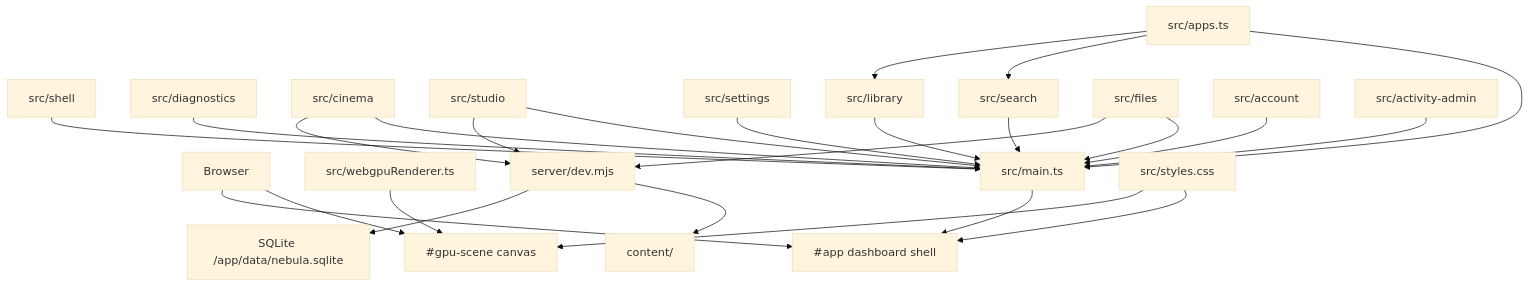
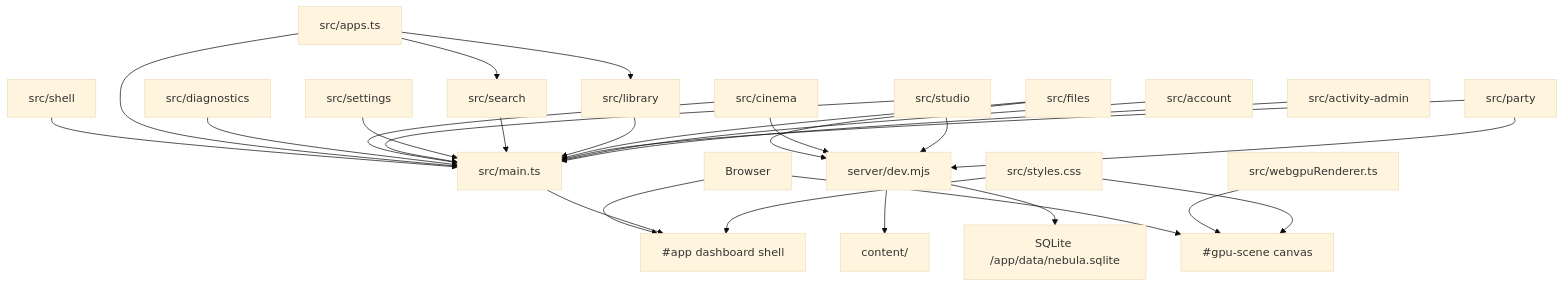
The diagram in docs/architecture.md (jost-aaron/nebula), drawn with Mermaid (base theme) before and after one commit. The commit also changed other lines of this file and 47 other files, not shown here.

````diff
--- a/docs/architecture.md
+++ b/docs/architecture.md
@@ -41,48 +41,51 @@
 ```mermaid
 flowchart TD
   Browser["Browser"]
   Canvas["#gpu-scene canvas"]
   Shell["#app dashboard shell"]
   Renderer["src/webgpuRenderer.ts"]
   Main["src/main.ts"]
   ShellLogic["src/shell"]
   Registry["src/apps.ts"]
   Diagnostics["src/diagnostics"]
   Cinema["src/cinema"]
   Studio["src/studio"]
   Settings["src/settings"]
   Search["src/search"]
   Library["src/library"]
   Files["src/files"]
+  Party["src/party"]
   Account["src/account"]
   Activity["src/activity-admin"]
   Server["server/dev.mjs"]
   Content["content/"]
   AccountStore["SQLite /app/data/nebula.sqlite"]
   Styles["src/styles.css"]
 
   Browser --> Canvas
   Browser --> Shell
   Renderer --> Canvas
   Main --> Shell
   ShellLogic --> Main
   Registry --> Main
   Diagnostics --> Main
   Cinema --> Main
   Studio --> Main
   Settings --> Main
   Search --> Main
   Library --> Main
   Files --> Main
+  Party --> Main
   Account --> Main
   Activity --> Main
   Registry --> Search
   Registry --> Library
   Server --> Content
   Server --> AccountStore
   Files --> Server
   Cinema --> Server
   Studio --> Server
+  Party --> Server
   Styles --> Shell
   Styles --> Canvas
 ```
````
